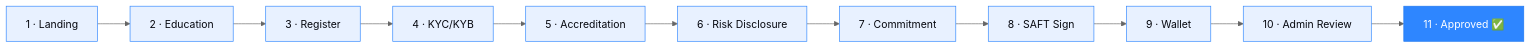
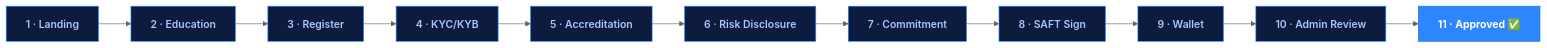
The diagram in docs/investor-onboarding.md (Gur-noor/Property-United), drawn with Mermaid (neutral theme) before and after one commit. The commit also changed 17 other files, not shown here.

````diff
--- a/docs/investor-onboarding.md
+++ b/docs/investor-onboarding.md
@@ -11,12 +11,12 @@
 ```mermaid
 flowchart LR
     S1["1 · Landing"] --> S2["2 · Education"] --> S3["3 · Register"]
     S3 --> S4["4 · KYC/KYB"] --> S5["5 · Accreditation"] --> S6["6 · Risk Disclosure"]
     S6 --> S7["7 · Commitment"] --> S8["8 · SAFT Sign"] --> S9["9 · Wallet"]
     S9 --> S10["10 · Admin Review"] --> S11["11 · Approved ✅"]
 
-    classDef step fill:#e8f1ff,stroke:#2E86FF,color:#05070e;
-    classDef done fill:#2E86FF,stroke:#1f78f0,color:#fff;
+    classDef step fill:#0d1b3e,stroke:#2E86FF,color:#a8c8ff,font-weight:600;
+    classDef done fill:#2E86FF,stroke:#1a6fdd,color:#fff,font-weight:bold;
     class S1,S2,S3,S4,S5,S6,S7,S8,S9,S10 step;
     class S11 done;
 ```
````
